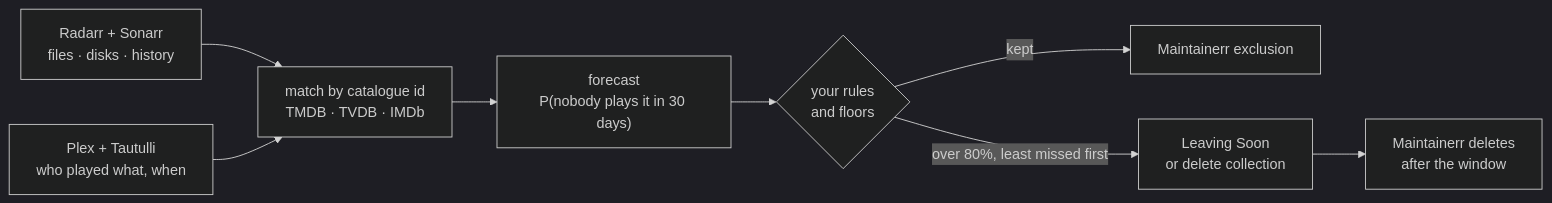
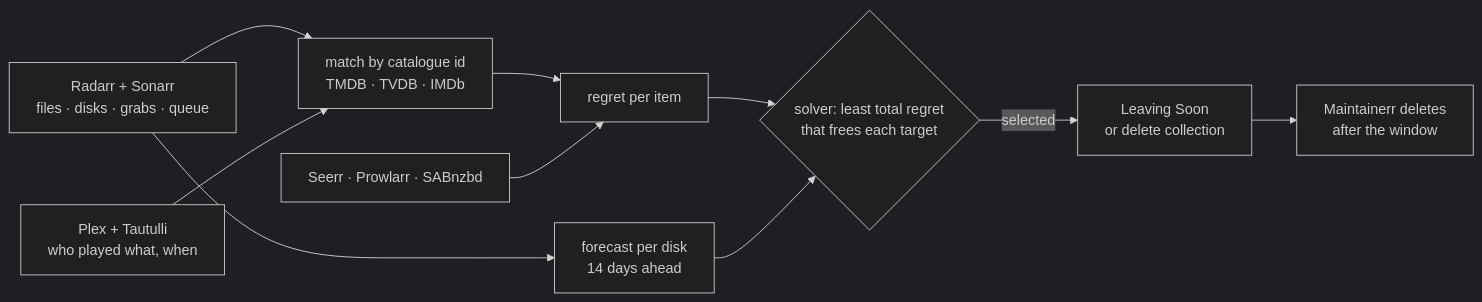
Before and after one commit to tobhoster/flinch: the diagram in README.md, drawn with Mermaid (dark theme). The commit also changed other lines of this file and 131 other files, not shown here.

First line of the commit message:
Forecast each disk and plan the least-regret evictions with a MILP

````diff
--- a/README.md
+++ b/README.md
@@ -64,10 +63,12 @@
 ```mermaid
 flowchart LR
-    ARR["Radarr + Sonarr<br/>files · disks · history"] --> ID["match by catalogue id<br/>TMDB · TVDB · IMDb"]
+    ARR["Radarr + Sonarr<br/>files · disks · grabs · queue"] --> ID["match by catalogue id<br/>TMDB · TVDB · IMDb"]
     PX["Plex + Tautulli<br/>who played what, when"] --> ID
-    ID --> F["forecast<br/>P(nobody plays it in 30 days)"]
-    F --> R{"your rules<br/>and floors"}
-    R -- "kept" --> EX["Maintainerr exclusion"]
-    R -- "over 80%, least missed first" --> LS["Leaving Soon<br/>or delete collection"]
+    ID --> R["regret per item"]
+    EXT["Seerr · Prowlarr · SABnzbd"] --> R
+    ARR --> FC["forecast per disk<br/>14 days ahead"]
+    R --> S{"solver: least total regret<br/>that frees each target"}
+    FC --> S
+    S -- "selected" --> LS["Leaving Soon<br/>or delete collection"]
     LS --> M["Maintainerr deletes<br/>after the window"]
 ```
````
